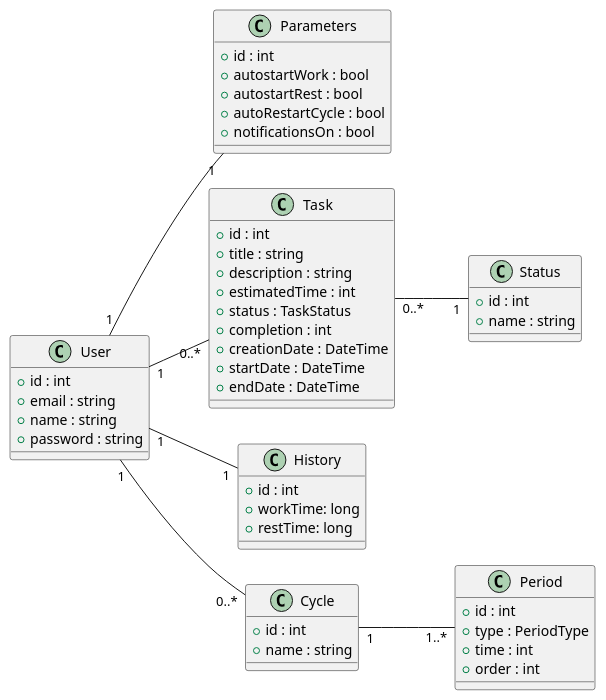
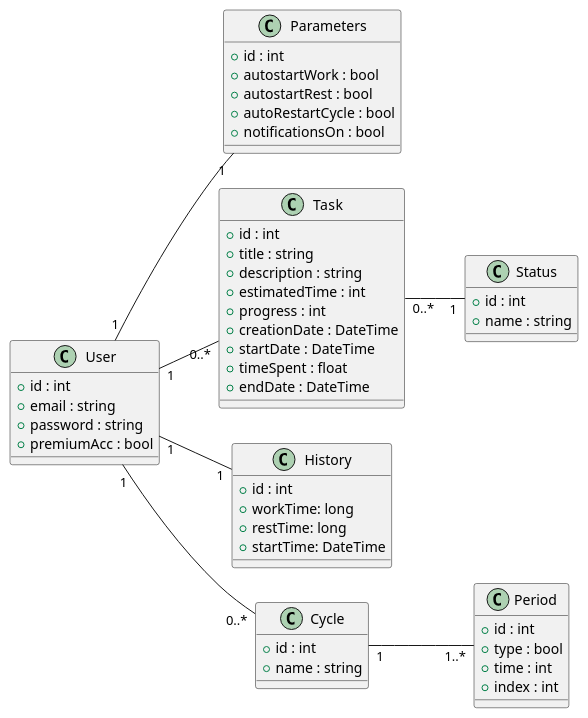
The diagram in pomodoro_domain.wsd (MDGav82/FocusTimer), drawn with PlantUML before and after one commit.

```diff
--- a/pomodoro_domain.wsd
+++ b/pomodoro_domain.wsd
@@ -1,62 +1,63 @@
 @startuml pomodoro_domain
 left to right direction
 
 class User {
   +id : int
   +email : string
-  +name : string
   +password : string
+  +premiumAcc : bool
 }
 
 class Parameters {
   +id : int
   +autostartWork : bool
   +autostartRest : bool
   +autoRestartCycle : bool
   +notificationsOn : bool
 }
 
 class Task {
   +id : int
   +title : string
   +description : string
   +estimatedTime : int
-  +status : TaskStatus
-  +completion : int
+  +progress : int
   +creationDate : DateTime
   +startDate : DateTime
+  +timeSpent : float
   +endDate : DateTime
 }
 
 class History {
   +id : int
   +workTime: long
   +restTime: long
+  +startTime: DateTime
 }
 class Cycle {
   +id : int
   +name : string
 }
 
 class Period {
   +id : int
-  +type : PeriodType
+  +type : bool
   +time : int
-  +order : int
+  +index : int
 }
 
 class Status {
    +id : int
   +name : string
 }
 
 ' Relations
 
 User "1" -- "1" Parameters
 User "1" -- "0..*" Task
 User "1" -- "0..*" Cycle
 User "1" -- "1" History
 Cycle "1" -- "1..*" Period
 Task "0..*" -- "1" Status
 
 @enduml
```
